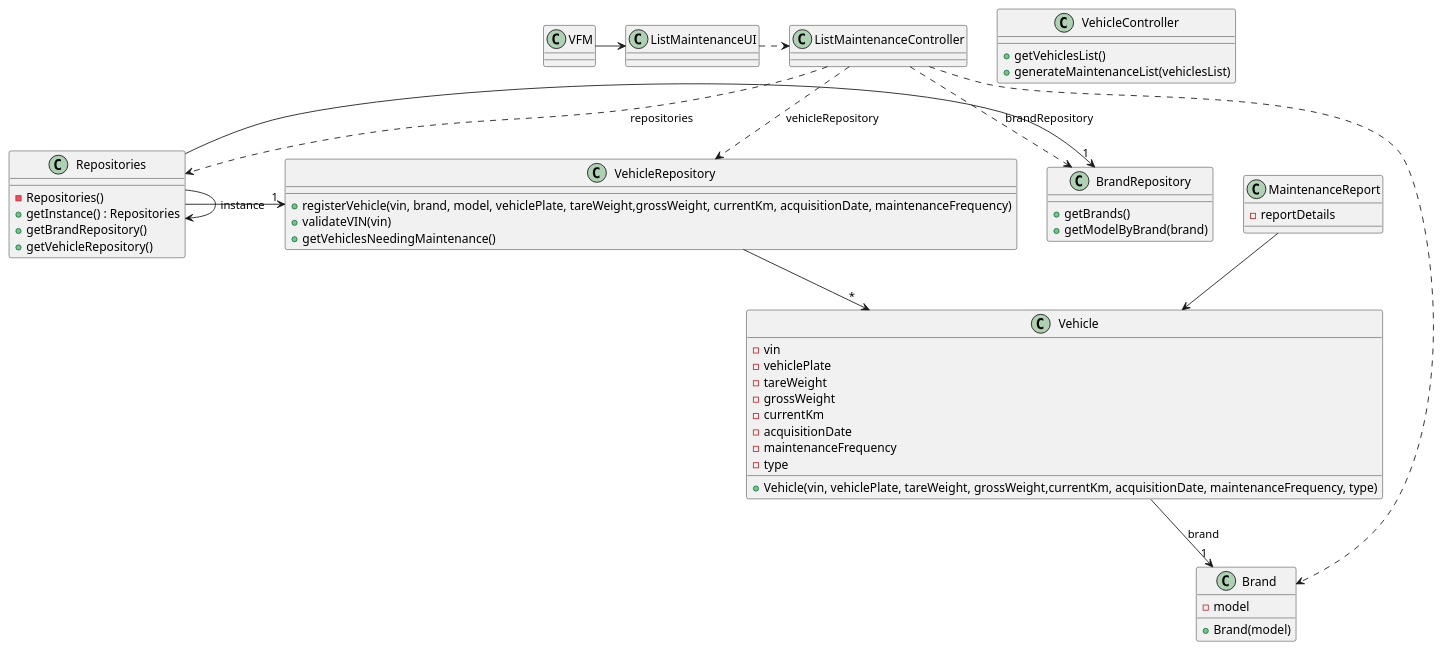
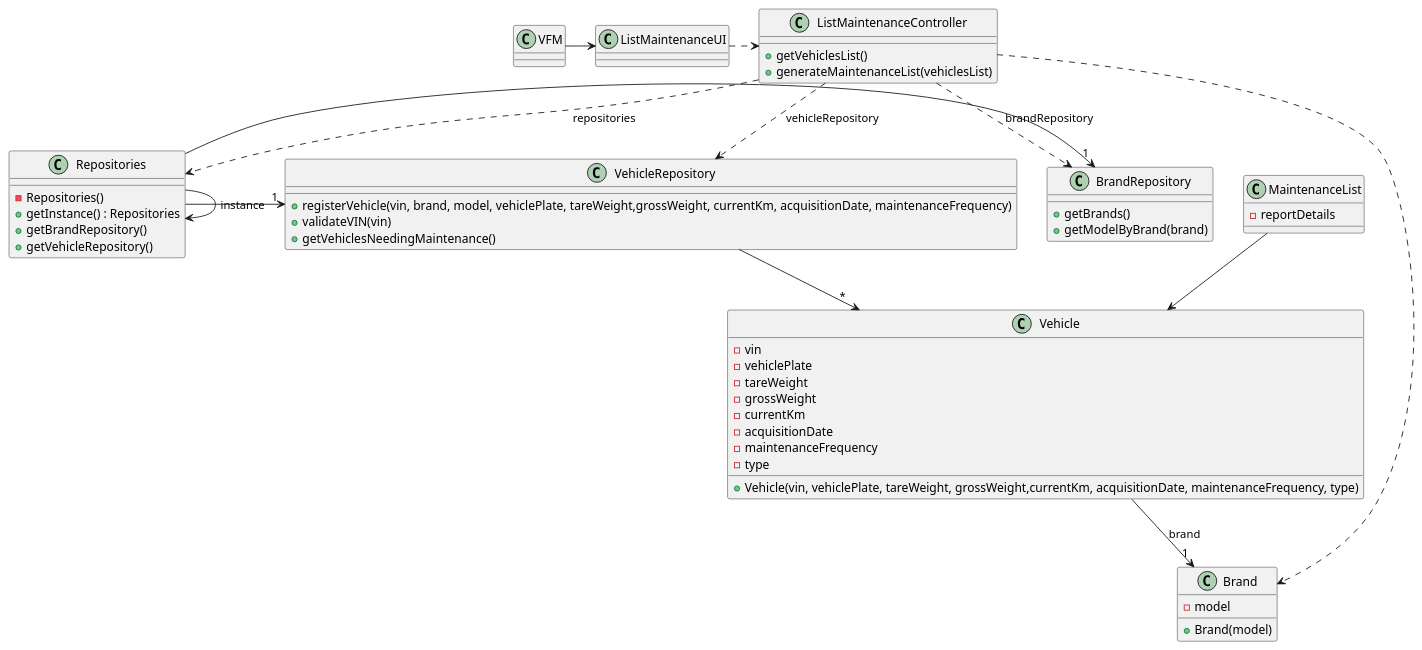
The diagram in docs/sprintB/us008/03.design/puml/us008-class-diagram.puml (RicardoMorim/lapr2-ISEP-Project), drawn with PlantUML before and after one commit. The commit also changed 8 other files, not shown here.

```diff
--- a/docs/sprintB/us008/03.design/puml/us008-class-diagram.puml
+++ b/docs/sprintB/us008/03.design/puml/us008-class-diagram.puml
@@ -1,81 +1,81 @@
 @startuml
 skinparam packageStyle rectangle
 skinparam shadowing false
 skinparam line type polyline
 
 class VFM {
 }
 
 class Vehicle {
     - vin
     - vehiclePlate
     - tareWeight
     - grossWeight
     - currentKm
     - acquisitionDate
     - maintenanceFrequency
     - type
 
     + Vehicle(vin, vehiclePlate, tareWeight, grossWeight,currentKm, acquisitionDate, maintenanceFrequency, type)
 }
 
 class Brand {
     - model
 
     + Brand(model)
 }
 
 class VehicleRepository {
     + registerVehicle(vin, brand, model, vehiclePlate, tareWeight,grossWeight, currentKm, acquisitionDate, maintenanceFrequency)
     + validateVIN(vin)
     + getVehiclesNeedingMaintenance()
 }
 
 class BrandRepository {
     + getBrands()
     + getModelByBrand(brand)
 }
 
-class MaintenanceReport {
+class MaintenanceList {
     - reportDetails
 }
 
 class Repositories {
     - Repositories()
     + getInstance() : Repositories
     + getBrandRepository()
     + getVehicleRepository()
 }
 
-class VehicleController {
+class ListMaintenanceController {
     + getVehiclesList()
     + generateMaintenanceList(vehiclesList)
 }
 
 class ListMaintenanceUI {
 }
 
 VFM -> ListMaintenanceUI
 
 Repositories -> Repositories : instance
 
 ListMaintenanceUI .> ListMaintenanceController
 
 ListMaintenanceController .> Repositories : repositories
 
 Repositories -> "1" VehicleRepository
 
 ListMaintenanceController ..> VehicleRepository : vehicleRepository
 
 VehicleRepository --> "*" Vehicle
 
 Vehicle --> "1" Brand : brand
 
 Repositories -> "1" BrandRepository
 
 ListMaintenanceController ..> Brand
 ListMaintenanceController ..> BrandRepository : brandRepository
 
-MaintenanceReport --> Vehicle
+MaintenanceList --> Vehicle
 
 @enduml
```
